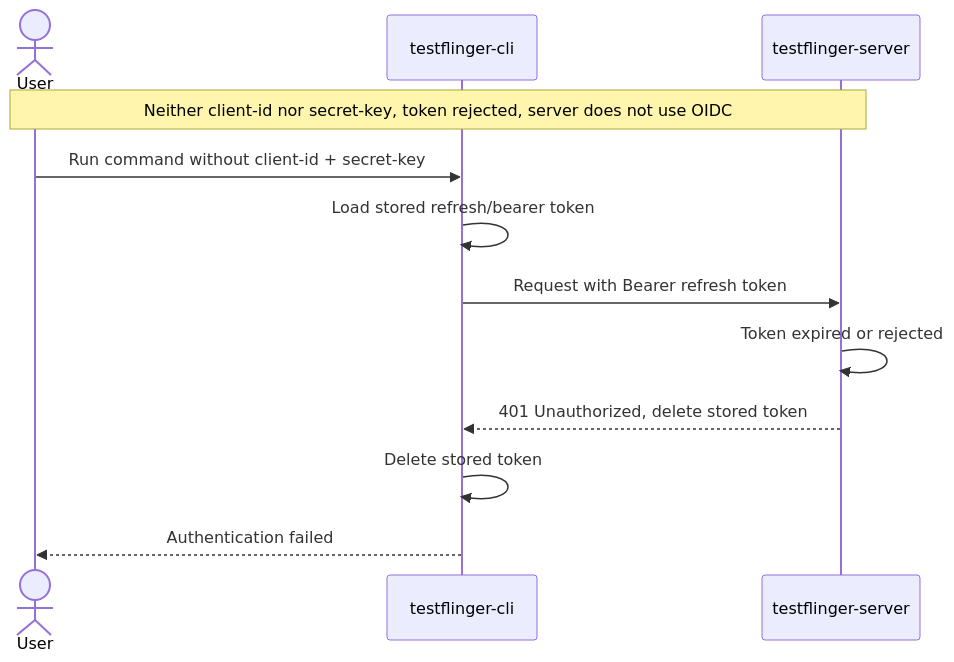
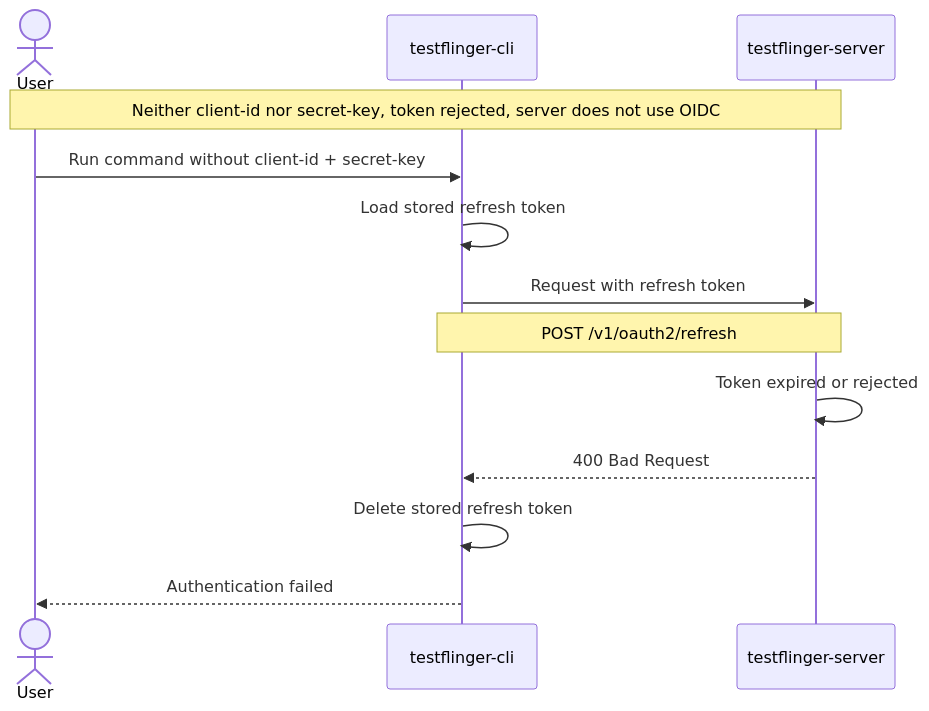
Before and after one commit to canonical/testflinger: the fifth of 7 diagrams in docs/explanation/authentication.rst, drawn with Mermaid. The commit also changed other lines of this file, not shown here.

```diff
--- a/docs/explanation/authentication.rst
+++ b/docs/explanation/authentication.rst
@@ -152,18 +167,19 @@
 .. mermaid::
     :alt: Sequence diagram showing a refresh token being rejected and the user being denied access
     :caption: Sequence diagram showing a refresh token being rejected and the user being denied access
     :align: center
 
     sequenceDiagram
         actor User
         participant CLI as testflinger-cli
         participant Server as testflinger-server
 
         Note over User,Server: Neither client-id nor secret-key, token rejected, server does not use OIDC
         User->>CLI: Run command without client-id + secret-key
-        CLI->>CLI: Load stored refresh/bearer token
-        CLI->>Server: Request with Bearer refresh token
+        CLI->>CLI: Load stored refresh token
+        CLI->>Server: Request with refresh token
+        Note over CLI,Server: POST /v1/oauth2/refresh
         Server->>Server: Token expired or rejected
-        Server-->>CLI: 401 Unauthorized, delete stored token
-        CLI->>CLI: Delete stored token
+        Server-->>CLI: 400 Bad Request
+        CLI->>CLI: Delete stored refresh token
         CLI-->>User: Authentication failed
```
